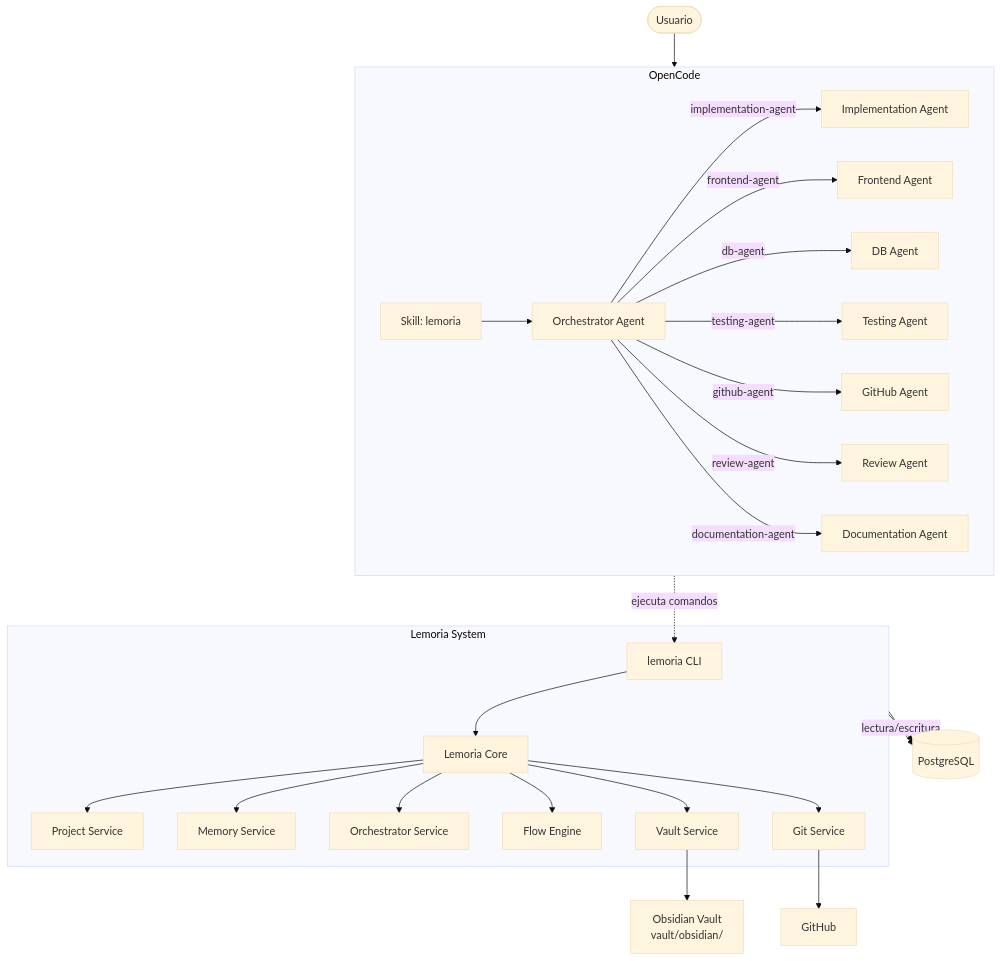
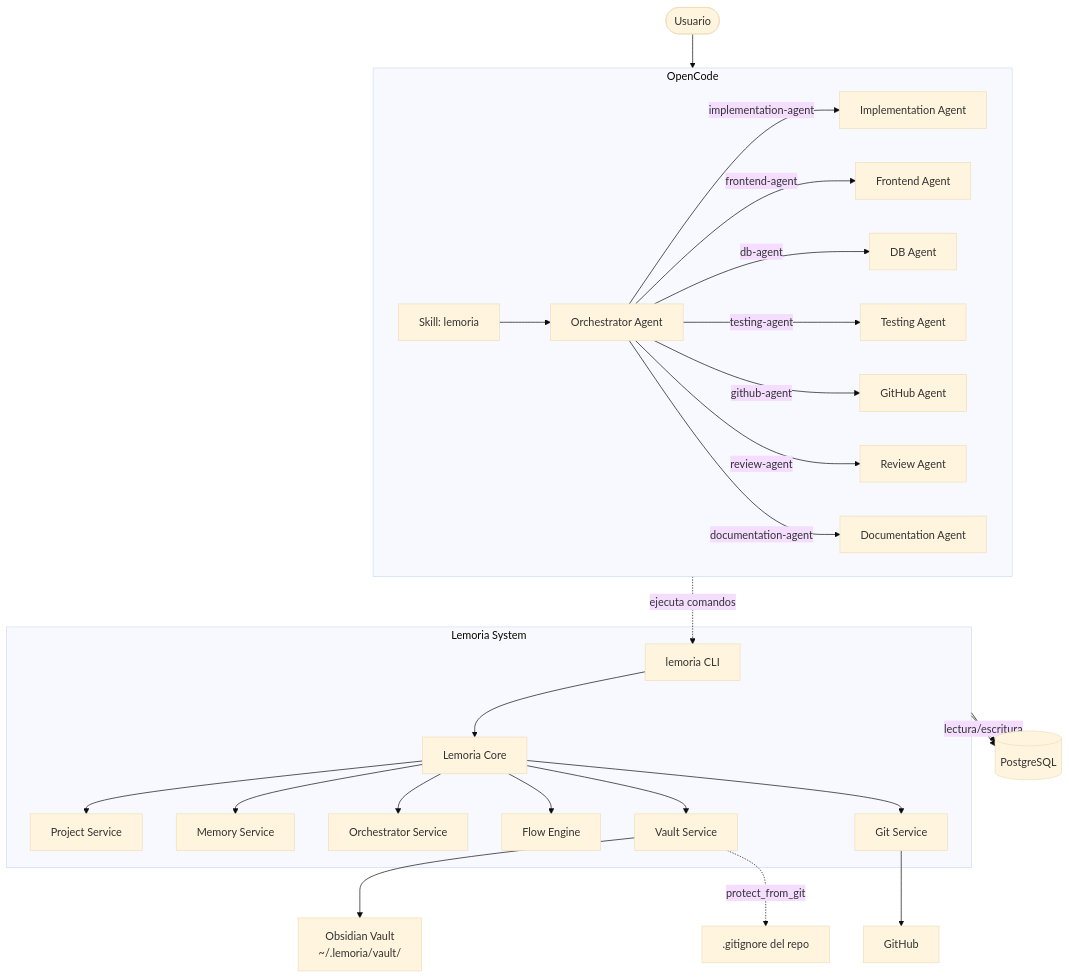
Before and after one commit to devcristianlopez/lemoria: the first of 5 diagrams in docs/ARCHITECTURE.md, drawn with Mermaid (base theme). The commit also changed 102 other files, not shown here.

````diff
--- a/docs/ARCHITECTURE.md
+++ b/docs/ARCHITECTURE.md
@@ -5,32 +5,33 @@
 ```mermaid
 graph TB
   USER([Usuario]) --> OC[OpenCode]
 
   subgraph OC[OpenCode]
     SKILL[Skill: lemoria] --> OA[Orchestrator Agent]
     OA -->|implementation-agent| IA[Implementation Agent]
     OA -->|frontend-agent| FA[Frontend Agent]
     OA -->|db-agent| DA[DB Agent]
     OA -->|testing-agent| TA[Testing Agent]
     OA -->|github-agent| GA[GitHub Agent]
     OA -->|review-agent| RA[Review Agent]
     OA -->|documentation-agent| DOA[Documentation Agent]
   end
 
   subgraph LEMORIA[Lemoria System]
     CLI[lemoria CLI] --> CORE[Lemoria Core]
     CORE --> PS[Project Service]
     CORE --> MS[Memory Service]
     CORE --> ORCH[Orchestrator Service]
     CORE --> FE[Flow Engine]
     CORE --> VS[Vault Service]
     CORE --> GS[Git Service]
   end
 
   LEMORIA --> DB[(PostgreSQL)]
-  VS --> OBSIDIAN[Obsidian Vault<br/>vault/obsidian/]
+  VS --> OBSIDIAN[Obsidian Vault<br/>~/.lemoria/vault/]
+  VS -.->|protect_from_git| GITIGNORE[.gitignore del repo]
   GS --> GITHUB[GitHub]
 
   OC -.->|ejecuta comandos| CLI
   LEMORIA -->|lectura/escritura| DB
 ```
````
